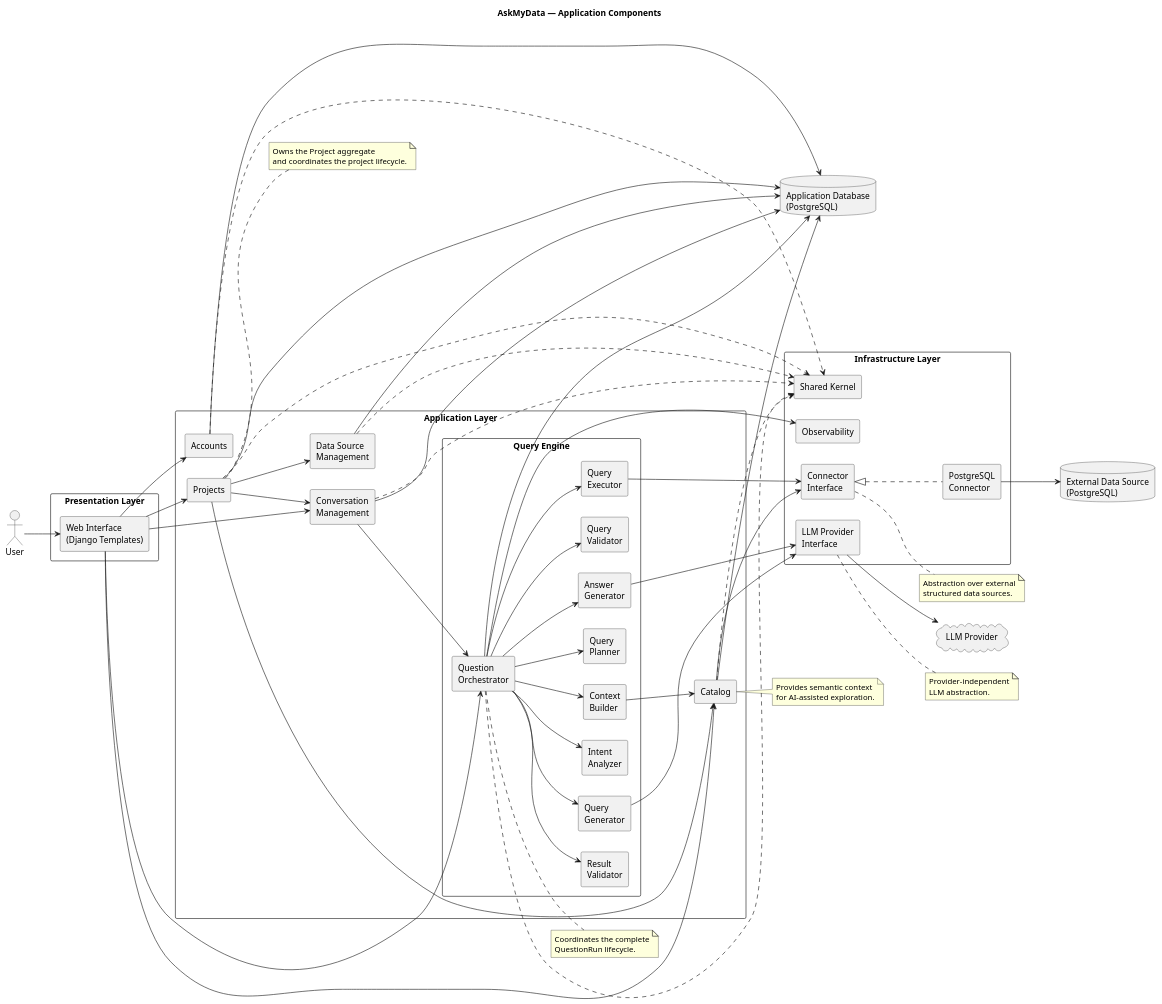
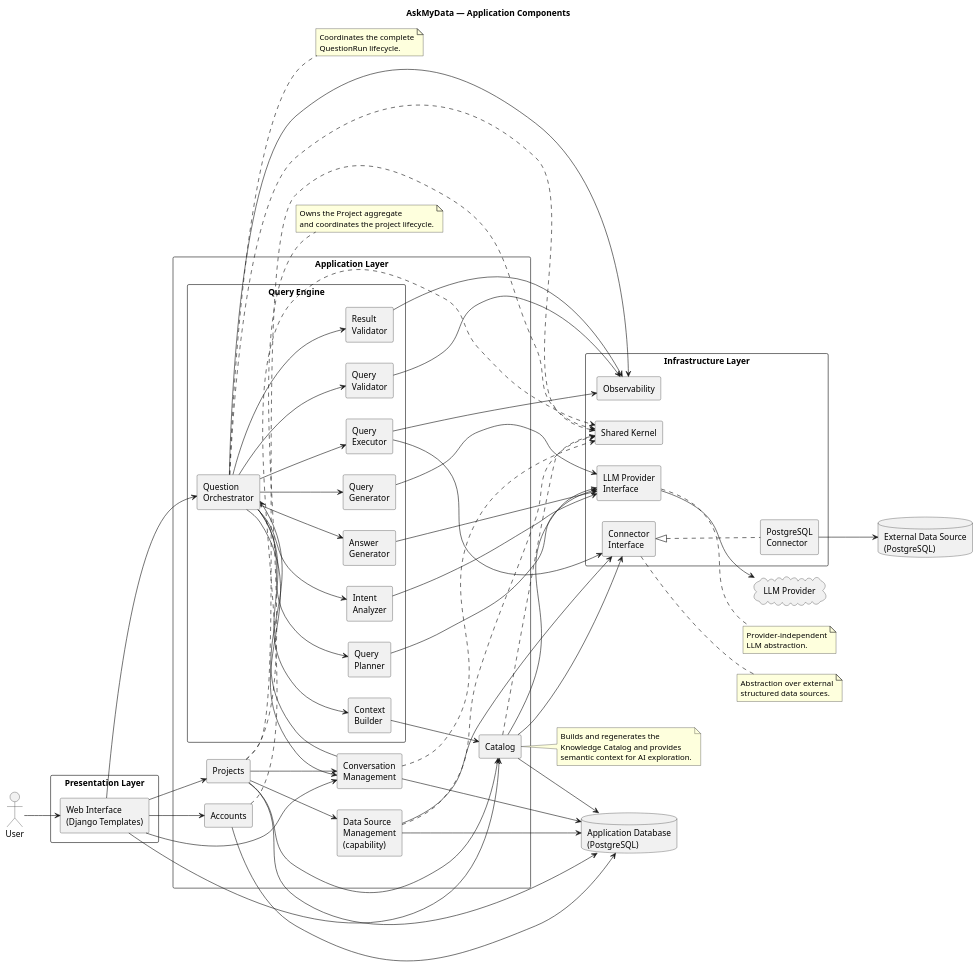
One commit to MarinePernici/askmydata changed the diagram in docs/diagrams/src/application-components.puml. Above: the diagram before and after it, drawn with PlantUML. The commit also changed 7 other files, not shown here.

Commit message:
update diagrams

```diff
--- a/docs/diagrams/src/application-components.puml
+++ b/docs/diagrams/src/application-components.puml
@@ -1,141 +1,144 @@
 @startuml AskMyData_Application_Components
 
 title AskMyData — Application Components
 
 left to right direction
 skinparam componentStyle rectangle
 skinparam packageStyle rectangle
 
 actor User
 
 package "Presentation Layer" {
 
     component "Web Interface\n(Django Templates)" as WebUI
 
 }
 
 package "Application Layer" {
 
     component "Accounts" as Accounts
     component "Projects" as Projects
-    component "Data Source\nManagement" as DSM
+    component "Data Source\nManagement\n(capability)" as DSM
     component "Catalog" as Catalog
     component "Conversation\nManagement" as Conversations
 
     package "Query Engine" {
 
         component "Question\nOrchestrator" as Orchestrator
         component "Intent\nAnalyzer" as IntentAnalyzer
         component "Context\nBuilder" as ContextBuilder
         component "Query\nPlanner" as QueryPlanner
         component "Query\nGenerator" as QueryGenerator
         component "Query\nValidator" as QueryValidator
         component "Query\nExecutor" as QueryExecutor
         component "Result\nValidator" as ResultValidator
         component "Answer\nGenerator" as AnswerGenerator
 
     }
 
 }
 
 package "Infrastructure Layer" {
 
     component "Connector\nInterface" as Connector
-
     component "PostgreSQL\nConnector" as PostgreSQLConnector
-
     component "LLM Provider\nInterface" as LLMInterface
-
     component "Observability" as Observability
-
     component "Shared Kernel" as SharedKernel
 
 }
 
 database "Application Database\n(PostgreSQL)" as AppDB
 
 database "External Data Source\n(PostgreSQL)" as ExternalDB
 
 cloud "LLM Provider" as LLM
 
 User --> WebUI
 
 WebUI --> Accounts
 WebUI --> Projects
 WebUI --> Conversations
 WebUI --> Catalog
 WebUI --> Orchestrator
 
 Projects --> DSM
 Projects --> Catalog
 Projects --> Conversations
 
+DSM --> Connector
 Catalog --> Connector
+Catalog --> LLMInterface
 
 Conversations --> Orchestrator
+Orchestrator --> Conversations
 
 Orchestrator --> IntentAnalyzer
 Orchestrator --> ContextBuilder
 Orchestrator --> QueryPlanner
 Orchestrator --> QueryGenerator
 Orchestrator --> QueryValidator
 Orchestrator --> QueryExecutor
 Orchestrator --> ResultValidator
 Orchestrator --> AnswerGenerator
 
 ContextBuilder --> Catalog
 
+IntentAnalyzer --> LLMInterface
+QueryPlanner --> LLMInterface
 QueryGenerator --> LLMInterface
-
 AnswerGenerator --> LLMInterface
 
 QueryExecutor --> Connector
 
 Connector <|.. PostgreSQLConnector
 
 PostgreSQLConnector --> ExternalDB
 
 LLMInterface --> LLM
 
 Accounts --> AppDB
 Projects --> AppDB
 DSM --> AppDB
 Catalog --> AppDB
 Conversations --> AppDB
-Orchestrator --> AppDB
 
 Orchestrator --> Observability
+QueryValidator --> Observability
+QueryExecutor --> Observability
+ResultValidator --> Observability
 
 Accounts ..> SharedKernel
 Projects ..> SharedKernel
 DSM ..> SharedKernel
 Catalog ..> SharedKernel
 Conversations ..> SharedKernel
 Orchestrator ..> SharedKernel
 
 note right of Projects
 Owns the Project aggregate
 and coordinates the project lifecycle.
 end note
 
 note right of Catalog
-Provides semantic context
-for AI-assisted exploration.
+Builds and regenerates the
+Knowledge Catalog and provides
+semantic context for AI exploration.
 end note
 
 note right of Orchestrator
 Coordinates the complete
 QuestionRun lifecycle.
 end note
 
 note right of Connector
 Abstraction over external
 structured data sources.
 end note
 
 note right of LLMInterface
 Provider-independent
 LLM abstraction.
 end note
 
 @enduml
```
